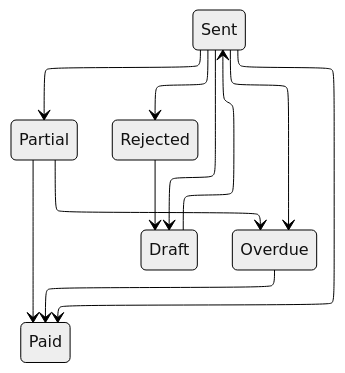
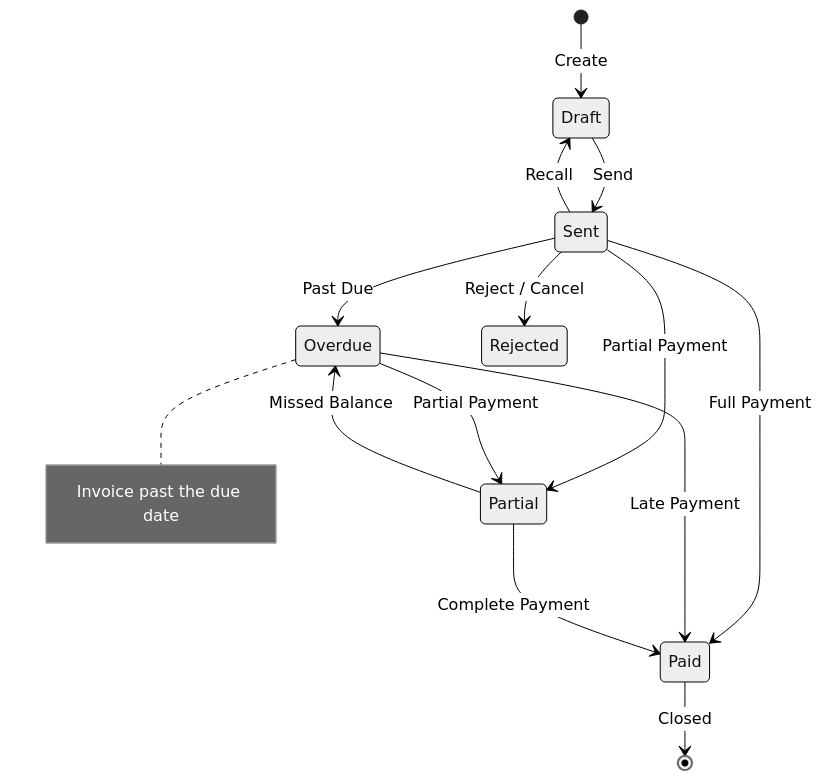
One commit to vader/fiskl-help changed the diagram in docs/invoicing/creating-invoices.md. Above: the diagram before and after it, drawn with Mermaid (neutral theme). The commit also changed 152 other files, not shown here.

````diff
--- a/docs/invoicing/creating-invoices.md
+++ b/docs/invoicing/creating-invoices.md
@@ -116,17 +116,21 @@
 ```mermaid
----
-config:
-    layout: elk
----
+
 stateDiagram-v2
-    Draft --> Sent
-    Sent --> Draft
-    Sent --> Overdue
-    Sent --> Paid
-    Sent --> Partial
-    Sent --> Rejected
-    Overdue --> Paid
-    Rejected --> Draft
-    Partial --> Paid
-    Partial --> Overdue
+    [*] --> Draft : Create
+    Draft --> Sent : Send
+    Sent --> Draft : Recall
+    Sent --> Overdue : Past Due
+    Sent --> Paid : Full Payment
+    Sent --> Partial : Partial Payment
+    Sent --> Rejected : Reject / Cancel
+    Overdue --> Paid : Late Payment
+    Overdue --> Partial : Partial Payment
+    Partial --> Paid : Complete Payment
+    Partial --> Overdue : Missed Balance
+    Paid --> [*] : Closed
+
+    note right of Overdue
+      Invoice past the due date
+    end note
+
 ```
````
